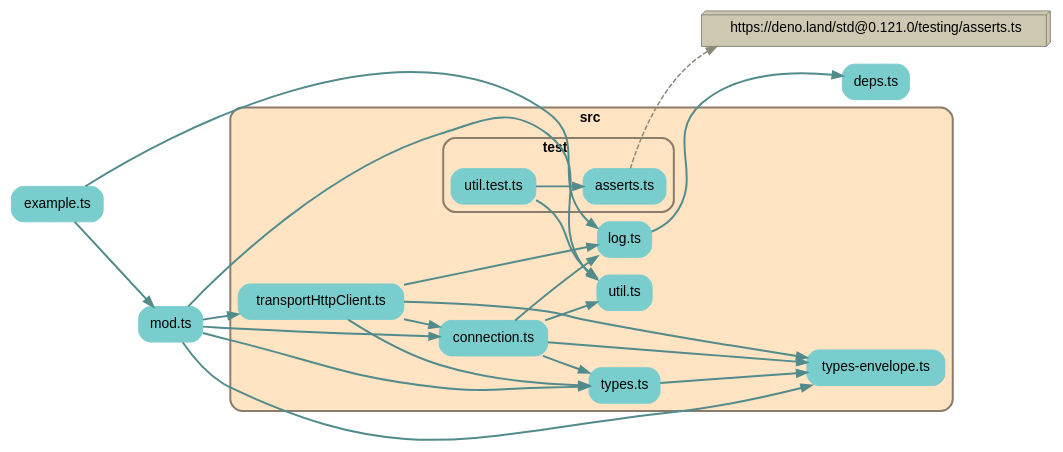
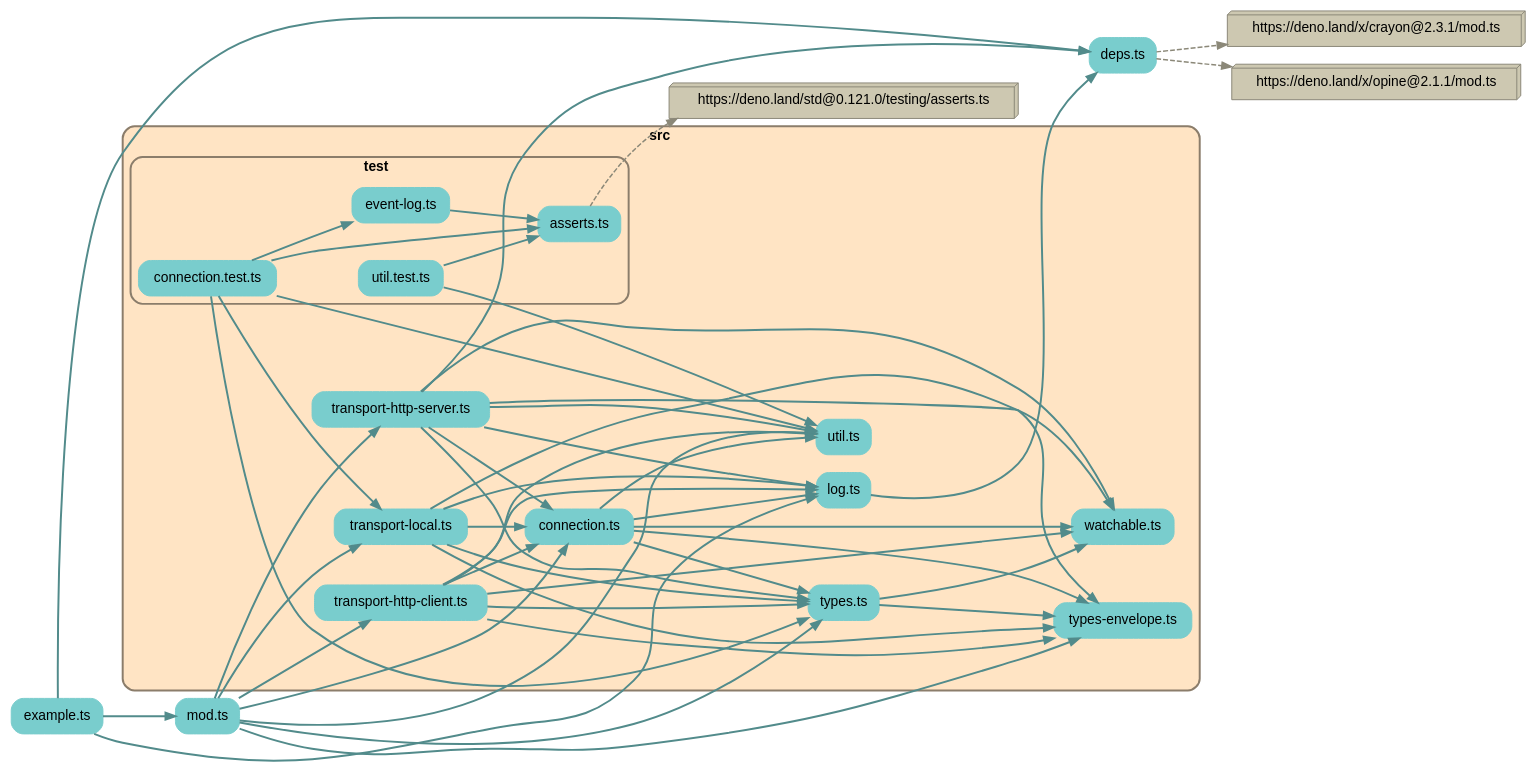
One commit to earthstar-project/earthstar-streaming-rpc changed the diagram in depchart/depchart-full.dot. Above: the diagram before and after it, drawn with Graphviz. The commit also changed 9 other files, not shown here.

```diff
--- a/depchart/depchart-full.dot
+++ b/depchart/depchart-full.dot
@@ -1,71 +1,105 @@
 
 digraph G {
     //splines=line;
     //splines=polyline;
     splines=true;
     rankdir=LR;
     //newrank=true;
     compound=true;
     graph [fontname = "helvetica"];  // dpi=72
     node [fontname = "helvetica"];
     edge [fontname = "helvetica"];
     
     // files in their folder clusters
         "deps.ts" [label="deps.ts", shape=rectangle; style="rounded,filled"; color=darkslategray3];
         "example.ts" [label="example.ts", shape=rectangle; style="rounded,filled"; color=darkslategray3];
         "mod.ts" [label="mod.ts", shape=rectangle; style="rounded,filled"; color=darkslategray3];
 
-        subgraph cluster5260739295 {
+        subgraph cluster82301750 {
             label=<<b>src</b>>;
             style="rounded,filled";
             fillcolor=bisque;
             color=bisque4;
             penwidth=2;
                     
             "src/connection.ts" [label="connection.ts", shape=rectangle; style="rounded,filled"; color=darkslategray3];
             "src/log.ts" [label="log.ts", shape=rectangle; style="rounded,filled"; color=darkslategray3];
-            "src/transportHttpClient.ts" [label="transportHttpClient.ts", shape=rectangle; style="rounded,filled"; color=darkslategray3];
+            "src/transport-http-client.ts" [label="transport-http-client.ts", shape=rectangle; style="rounded,filled"; color=darkslategray3];
+            "src/transport-http-server.ts" [label="transport-http-server.ts", shape=rectangle; style="rounded,filled"; color=darkslategray3];
+            "src/transport-local.ts" [label="transport-local.ts", shape=rectangle; style="rounded,filled"; color=darkslategray3];
             "src/types-envelope.ts" [label="types-envelope.ts", shape=rectangle; style="rounded,filled"; color=darkslategray3];
             "src/types.ts" [label="types.ts", shape=rectangle; style="rounded,filled"; color=darkslategray3];
             "src/util.ts" [label="util.ts", shape=rectangle; style="rounded,filled"; color=darkslategray3];
+            "src/watchable.ts" [label="watchable.ts", shape=rectangle; style="rounded,filled"; color=darkslategray3];
     
-            subgraph cluster8468707883 {
+            subgraph cluster9969856700 {
                 label=<<b>test</b>>;
                 style="rounded,filled";
                 fillcolor=bisque;
                 color=bisque4;
                 penwidth=2;
                         
                 "src/test/asserts.ts" [label="asserts.ts", shape=rectangle; style="rounded,filled"; color=darkslategray3];
+                "src/test/connection.test.ts" [label="connection.test.ts", shape=rectangle; style="rounded,filled"; color=darkslategray3];
+                "src/test/event-log.ts" [label="event-log.ts", shape=rectangle; style="rounded,filled"; color=darkslategray3];
                 "src/test/util.test.ts" [label="util.test.ts", shape=rectangle; style="rounded,filled"; color=darkslategray3];
             }
         }
 
     // packages not in their own cluster
+        "https://deno.land/x/crayon@2.3.1/mod.ts" [shape=box3d, style=filled, fillcolor=cornsilk3, color=cornsilk4];
+        "https://deno.land/x/opine@2.1.1/mod.ts" [shape=box3d, style=filled, fillcolor=cornsilk3, color=cornsilk4];
         "https://deno.land/std@0.121.0/testing/asserts.ts" [shape=box3d, style=filled, fillcolor=cornsilk3, color=cornsilk4];
 
     // edges between files
     "example.ts" -> "mod.ts" [penwidth=2; color=darkslategray4];
     "example.ts" -> "src/log.ts" [penwidth=2; color=darkslategray4];
+    "example.ts" -> "deps.ts" [penwidth=2; color=darkslategray4];
     "mod.ts" -> "src/types-envelope.ts" [penwidth=2; color=darkslategray4];
     "mod.ts" -> "src/types.ts" [penwidth=2; color=darkslategray4];
+    "mod.ts" -> "src/connection.ts" [penwidth=2; color=darkslategray4];
+    "mod.ts" -> "src/transport-http-client.ts" [penwidth=2; color=darkslategray4];
+    "mod.ts" -> "src/transport-http-server.ts" [penwidth=2; color=darkslategray4];
+    "mod.ts" -> "src/transport-local.ts" [penwidth=2; color=darkslategray4];
     "mod.ts" -> "src/util.ts" [penwidth=2; color=darkslategray4];
-    "mod.ts" -> "src/transportHttpClient.ts" [penwidth=2; color=darkslategray4];
-    "mod.ts" -> "src/connection.ts" [penwidth=2; color=darkslategray4];
     "src/connection.ts" -> "src/types.ts" [penwidth=2; color=darkslategray4];
     "src/connection.ts" -> "src/types-envelope.ts" [penwidth=2; color=darkslategray4];
+    "src/connection.ts" -> "src/watchable.ts" [penwidth=2; color=darkslategray4];
     "src/connection.ts" -> "src/util.ts" [penwidth=2; color=darkslategray4];
     "src/connection.ts" -> "src/log.ts" [penwidth=2; color=darkslategray4];
     "src/log.ts" -> "deps.ts" [penwidth=2; color=darkslategray4];
+    "src/test/connection.test.ts" -> "src/test/asserts.ts" [penwidth=2; color=darkslategray4];
+    "src/test/connection.test.ts" -> "src/types.ts" [penwidth=2; color=darkslategray4];
+    "src/test/connection.test.ts" -> "src/transport-local.ts" [penwidth=2; color=darkslategray4];
+    "src/test/connection.test.ts" -> "src/util.ts" [penwidth=2; color=darkslategray4];
+    "src/test/connection.test.ts" -> "src/test/event-log.ts" [penwidth=2; color=darkslategray4];
+    "src/test/event-log.ts" -> "src/test/asserts.ts" [penwidth=2; color=darkslategray4];
     "src/test/util.test.ts" -> "src/test/asserts.ts" [penwidth=2; color=darkslategray4];
     "src/test/util.test.ts" -> "src/util.ts" [penwidth=2; color=darkslategray4];
-    "src/transportHttpClient.ts" -> "src/types.ts" [penwidth=2; color=darkslategray4];
-    "src/transportHttpClient.ts" -> "src/types-envelope.ts" [penwidth=2; color=darkslategray4];
-    "src/transportHttpClient.ts" -> "src/connection.ts" [penwidth=2; color=darkslategray4];
-    "src/transportHttpClient.ts" -> "src/log.ts" [penwidth=2; color=darkslategray4];
+    "src/transport-http-client.ts" -> "src/types.ts" [penwidth=2; color=darkslategray4];
+    "src/transport-http-client.ts" -> "src/types-envelope.ts" [penwidth=2; color=darkslategray4];
+    "src/transport-http-client.ts" -> "src/watchable.ts" [penwidth=2; color=darkslategray4];
+    "src/transport-http-client.ts" -> "src/util.ts" [penwidth=2; color=darkslategray4];
+    "src/transport-http-client.ts" -> "src/connection.ts" [penwidth=2; color=darkslategray4];
+    "src/transport-http-client.ts" -> "src/log.ts" [penwidth=2; color=darkslategray4];
+    "src/transport-http-server.ts" -> "src/types.ts" [penwidth=2; color=darkslategray4];
+    "src/transport-http-server.ts" -> "src/types-envelope.ts" [penwidth=2; color=darkslategray4];
+    "src/transport-http-server.ts" -> "src/util.ts" [penwidth=2; color=darkslategray4];
+    "src/transport-http-server.ts" -> "src/watchable.ts" [penwidth=2; color=darkslategray4];
+    "src/transport-http-server.ts" -> "src/connection.ts" [penwidth=2; color=darkslategray4];
+    "src/transport-http-server.ts" -> "src/log.ts" [penwidth=2; color=darkslategray4];
+    "src/transport-http-server.ts" -> "deps.ts" [penwidth=2; color=darkslategray4];
+    "src/transport-local.ts" -> "src/types.ts" [penwidth=2; color=darkslategray4];
+    "src/transport-local.ts" -> "src/types-envelope.ts" [penwidth=2; color=darkslategray4];
+    "src/transport-local.ts" -> "src/watchable.ts" [penwidth=2; color=darkslategray4];
+    "src/transport-local.ts" -> "src/connection.ts" [penwidth=2; color=darkslategray4];
+    "src/transport-local.ts" -> "src/log.ts" [penwidth=2; color=darkslategray4];
     "src/types.ts" -> "src/types-envelope.ts" [penwidth=2; color=darkslategray4];
+    "src/types.ts" -> "src/watchable.ts" [penwidth=2; color=darkslategray4];
 
     // edges from files to packages
+    "deps.ts" -> "https://deno.land/x/crayon@2.3.1/mod.ts" [penwidth=1.5; style=dashed, color=cornsilk4, weight=1];
+    "deps.ts" -> "https://deno.land/x/opine@2.1.1/mod.ts" [penwidth=1.5; style=dashed, color=cornsilk4, weight=1];
     "src/test/asserts.ts" -> "https://deno.land/std@0.121.0/testing/asserts.ts" [penwidth=1.5; style=dashed, color=cornsilk4, weight=1];
 
 }
```
